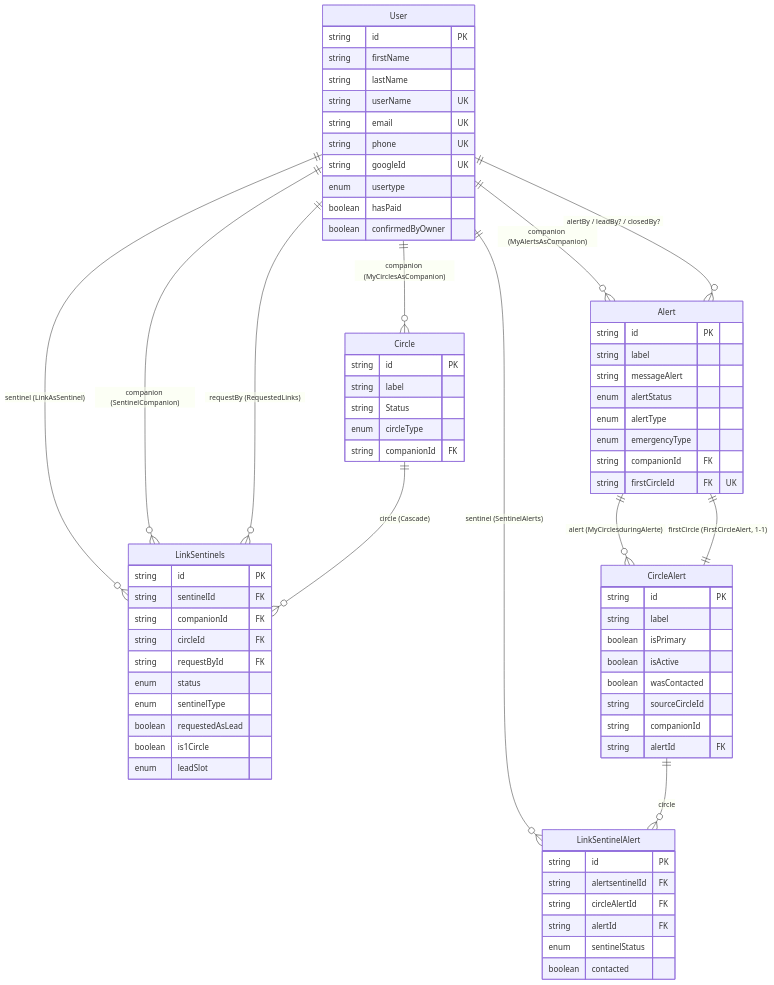
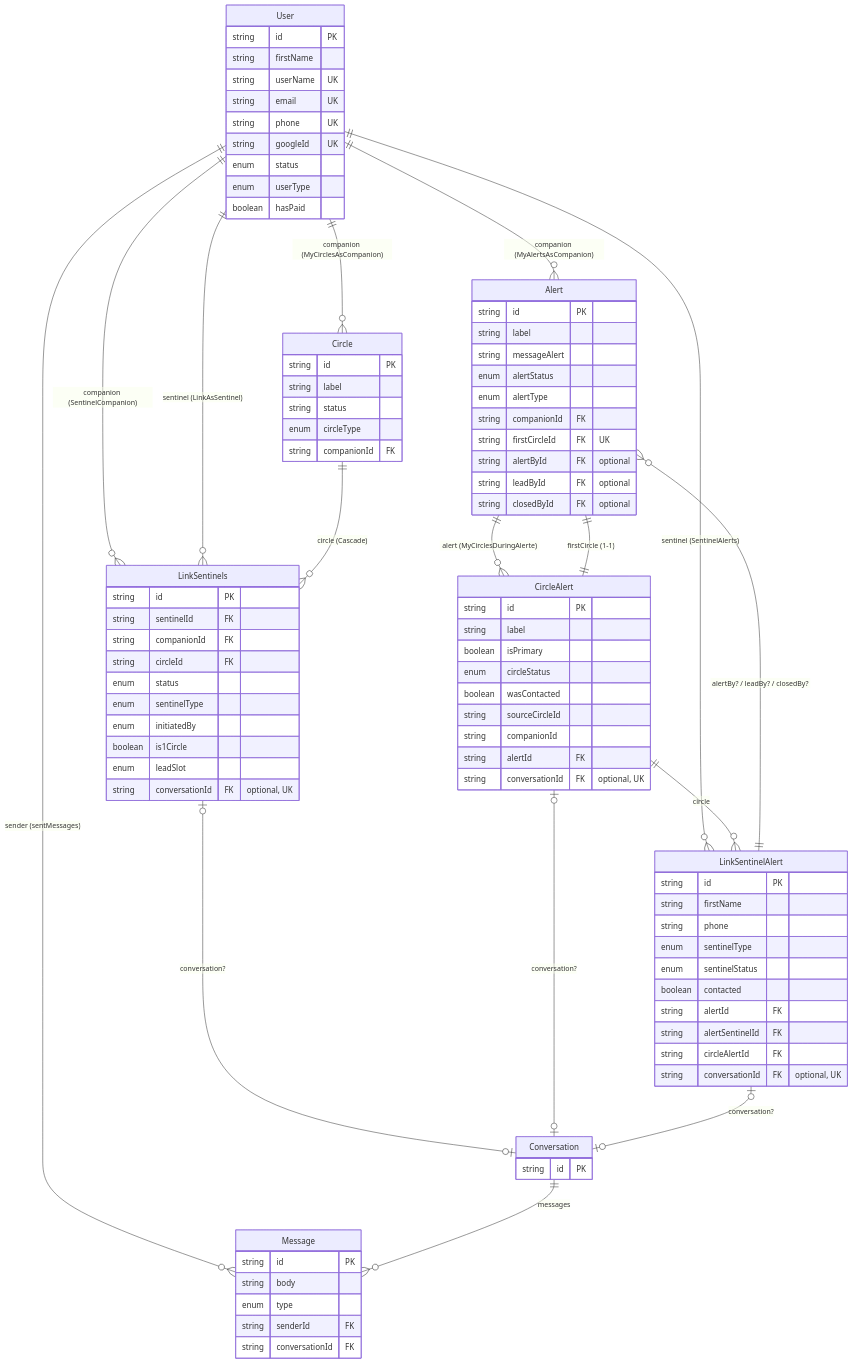
The first of 5 diagrams in backend/prisma/DB_schéma.md (Sylvfo/MySentinelCircle), drawn with Mermaid before and after one commit. The commit also changed other lines of this file and 2 other files, not shown here.

Commit message:
schema DB updated

````diff
--- a/backend/prisma/DB_schéma.md
+++ b/backend/prisma/DB_schéma.md
@@ -16,34 +8,37 @@
 ```mermaid
 erDiagram
-  User        ||--o{ Circle             : "companion (MyCirclesAsCompanion)"
-  User        ||--o{ Alert              : "companion (MyAlertsAsCompanion)"
-  User        ||--o{ Alert              : "alertBy / leadBy? / closedBy?"
-  User        ||--o{ LinkSentinels      : "sentinel (LinkAsSentinel)"
-  User        ||--o{ LinkSentinels      : "companion (SentinelCompanion)"
-  User        ||--o{ LinkSentinels      : "requestBy (RequestedLinks)"
-  Circle      ||--o{ LinkSentinels      : "circle (Cascade)"
-  User        ||--o{ LinkSentinelAlert  : "sentinel (SentinelAlerts)"
-  Alert       ||--o{ CircleAlert        : "alert (MyCirclesduringAlerte)"
-  CircleAlert ||--|| Alert              : "firstCircle (FirstCircleAlert, 1-1)"
-  CircleAlert ||--o{ LinkSentinelAlert  : "circle"
+  User               ||--o{ Circle             : "companion (MyCirclesAsCompanion)"
+  User               ||--o{ Alert              : "companion (MyAlertsAsCompanion)"
+  User               ||--o{ LinkSentinels      : "companion (SentinelCompanion)"
+  User               ||--o{ LinkSentinels      : "sentinel (LinkAsSentinel)"
+  User               ||--o{ LinkSentinelAlert  : "sentinel (SentinelAlerts)"
+  User               ||--o{ Message            : "sender (sentMessages)"
+  Circle             ||--o{ LinkSentinels      : "circle (Cascade)"
+  Alert              ||--o{ CircleAlert        : "alert (MyCirclesDuringAlerte)"
+  CircleAlert        ||--||  Alert             : "firstCircle (1-1)"
+  CircleAlert        ||--o{ LinkSentinelAlert  : "circle"
+  LinkSentinelAlert  ||--o{ Alert              : "alertBy? / leadBy? / closedBy?"
+  LinkSentinels      |o--o| Conversation       : "conversation?"
+  CircleAlert        |o--o| Conversation       : "conversation?"
+  LinkSentinelAlert  |o--o| Conversation       : "conversation?"
+  Conversation       ||--o{ Message            : "messages"
 
   User {
     string id PK
     string firstName
-    string lastName
     string userName UK
     string email UK
     string phone UK
     string googleId UK
-    enum   usertype
+    enum   status
+    enum   userType
     boolean hasPaid
-    boolean confirmedByOwner
   }
 
   Circle {
     string id PK
     string label
-    string Status
+    string status
     enum   circleType
     string companionId FK
   }
@@ -54,9 +49,11 @@
     string messageAlert
     enum   alertStatus
     enum   alertType
-    enum   emergencyType
     string companionId FK
     string firstCircleId FK "UK"
+    string alertById FK "optional"
+    string leadById FK "optional"
+    string closedById FK "optional"
   }
 
   LinkSentinels {
@@ -64,31 +61,48 @@
     string sentinelId FK
     string companionId FK
     string circleId FK
-    string requestById FK
     enum   status
     enum   sentinelType
-    boolean requestedAsLead
+    enum   initiatedBy
     boolean is1Circle
     enum   leadSlot
+    string conversationId FK "optional, UK"
   }
 
   CircleAlert {
     string id PK
     string label
     boolean isPrimary
-    boolean isActive
+    enum   circleStatus
     boolean wasContacted
     string sourceCircleId
     string companionId
     string alertId FK
+    string conversationId FK "optional, UK"
   }
 
   LinkSentinelAlert {
     string id PK
-    string alertsentinelId FK
-    string circleAlertId FK
-    string alertId FK
+    string firstName
+    string phone
+    enum   sentinelType
     enum   sentinelStatus
     boolean contacted
+    string alertId FK
+    string alertSentinelId FK
+    string circleAlertId FK
+    string conversationId FK "optional, UK"
+  }
+
+  Conversation {
+    string id PK
+  }
+
+  Message {
+    string id PK
+    string body
+    enum   type
+    string senderId FK
+    string conversationId FK
   }
 ```
````
